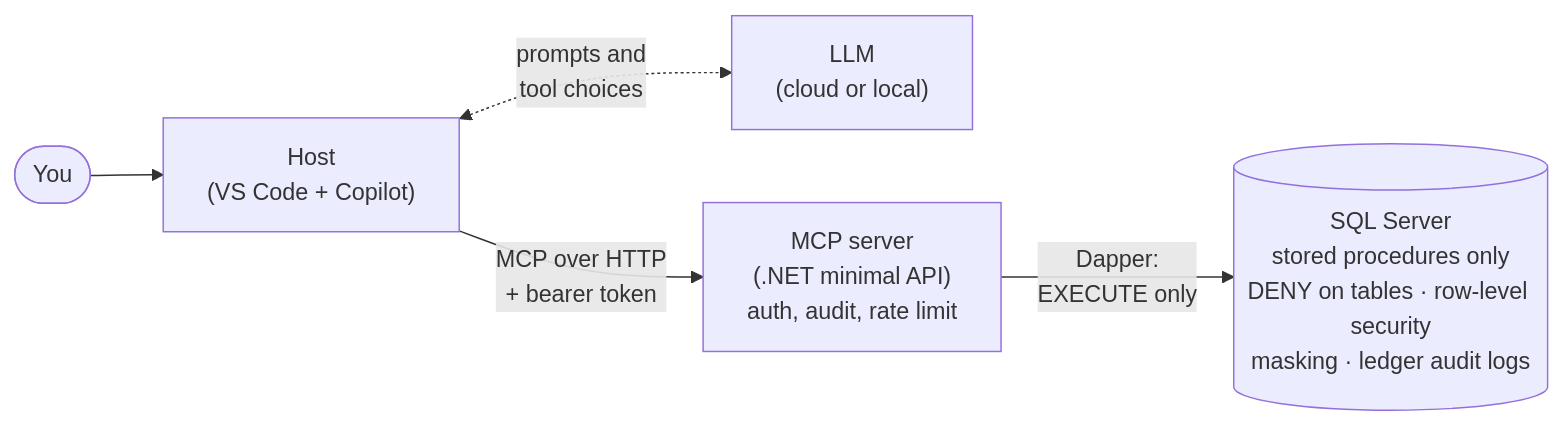
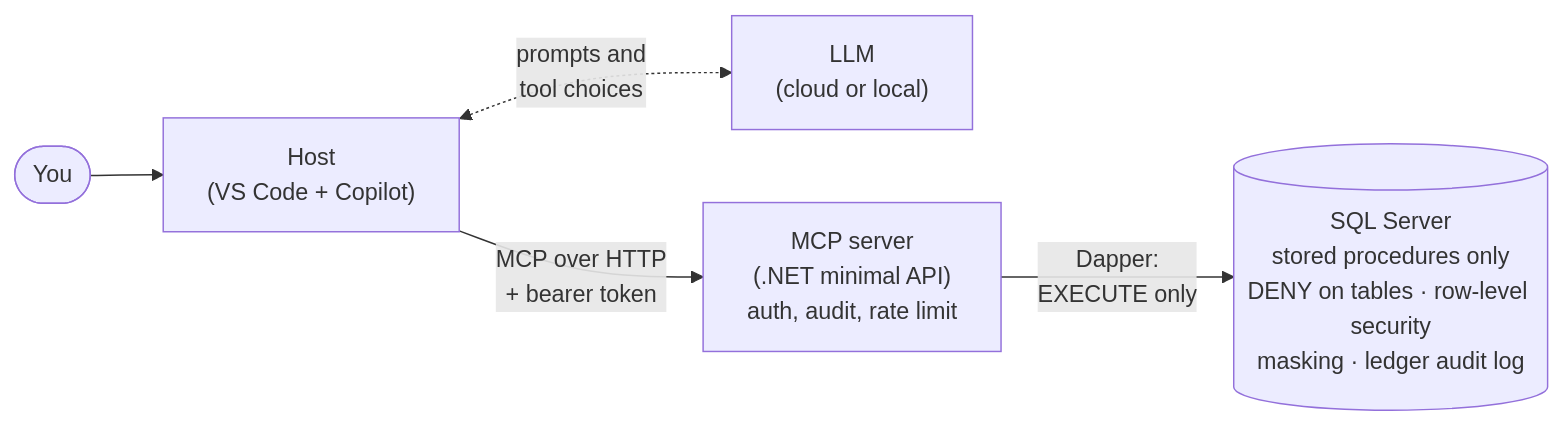
One commit to Code-Express-AI/trading-mcp-dotnet changed the diagram in README.md. Above: the diagram before and after it, drawn with Mermaid. The commit also changed other lines of this file and 11 other files, not shown here.

Commit message:
Keep the procedures' audit rows in AuditLog, with a Source column

````diff
--- a/README.md
+++ b/README.md
@@ -116,7 +116,7 @@
 ```mermaid
 flowchart LR
     U([You]) --> H["Host<br/>(VS Code + Copilot)"]
     H <-. "prompts and<br/>tool choices" .-> L["LLM<br/>(cloud or local)"]
     H -- "MCP over HTTP<br/>+ bearer token" --> S["MCP server<br/>(.NET minimal API)<br/>auth, audit, rate limit"]
-    S -- "Dapper:<br/>EXECUTE only" --> D[("SQL Server<br/>stored procedures only<br/>DENY on tables · row-level security<br/>masking · ledger audit logs")]
+    S -- "Dapper:<br/>EXECUTE only" --> D[("SQL Server<br/>stored procedures only<br/>DENY on tables · row-level security<br/>masking · ledger audit log")]
 ```
````
